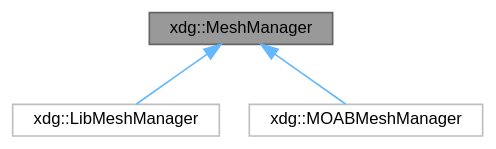
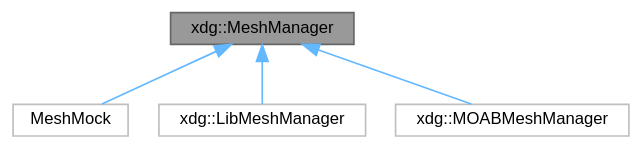
Before and after one commit to xdg-org/xdg: the diagram in classxdg_1_1MeshManager__inherit__graph.dot, drawn with Graphviz. The commit also changed 83 other files, not shown here.

```diff
--- a/classxdg_1_1MeshManager__inherit__graph.dot
+++ b/classxdg_1_1MeshManager__inherit__graph.dot
@@ -1,12 +1,14 @@
 digraph "xdg::MeshManager"
 {
  // LATEX_PDF_SIZE
   bgcolor="transparent";
   edge [fontname=Helvetica,fontsize=10,labelfontname=Helvetica,labelfontsize=10];
   node [fontname=Helvetica,fontsize=10,shape=box,height=0.2,width=0.4];
   Node1 [id="Node000001",label="xdg::MeshManager",height=0.2,width=0.4,color="gray40", fillcolor="grey60", style="filled", fontcolor="black",tooltip=" "];
   Node1 -> Node2 [id="edge1_Node000001_Node000002",dir="back",color="steelblue1",style="solid",tooltip=" "];
-  Node2 [id="Node000002",label="xdg::LibMeshManager",height=0.2,width=0.4,color="grey75", fillcolor="white", style="filled",URL="$classxdg_1_1LibMeshManager.html",tooltip=" "];
+  Node2 [id="Node000002",label="MeshMock",height=0.2,width=0.4,color="grey75", fillcolor="white", style="filled",URL="$classMeshMock.html",tooltip=" "];
   Node1 -> Node3 [id="edge2_Node000001_Node000003",dir="back",color="steelblue1",style="solid",tooltip=" "];
-  Node3 [id="Node000003",label="xdg::MOABMeshManager",height=0.2,width=0.4,color="grey75", fillcolor="white", style="filled",URL="$classxdg_1_1MOABMeshManager.html",tooltip=" "];
+  Node3 [id="Node000003",label="xdg::LibMeshManager",height=0.2,width=0.4,color="grey75", fillcolor="white", style="filled",URL="$classxdg_1_1LibMeshManager.html",tooltip=" "];
+  Node1 -> Node4 [id="edge3_Node000001_Node000004",dir="back",color="steelblue1",style="solid",tooltip=" "];
+  Node4 [id="Node000004",label="xdg::MOABMeshManager",height=0.2,width=0.4,color="grey75", fillcolor="white", style="filled",URL="$classxdg_1_1MOABMeshManager.html",tooltip=" "];
 }
```
